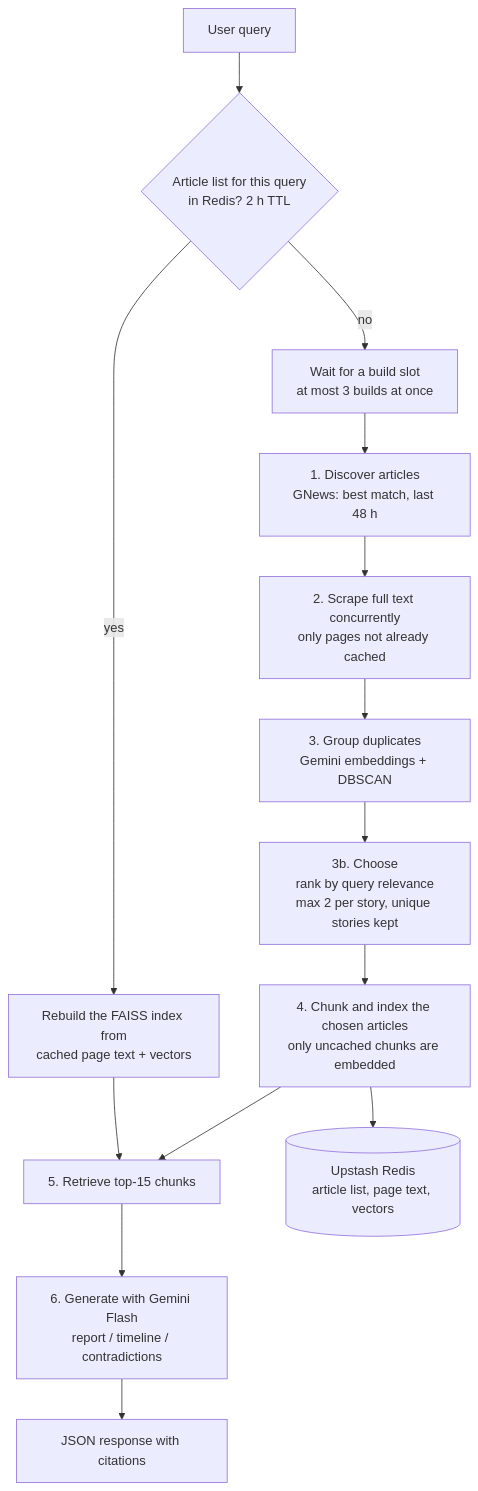
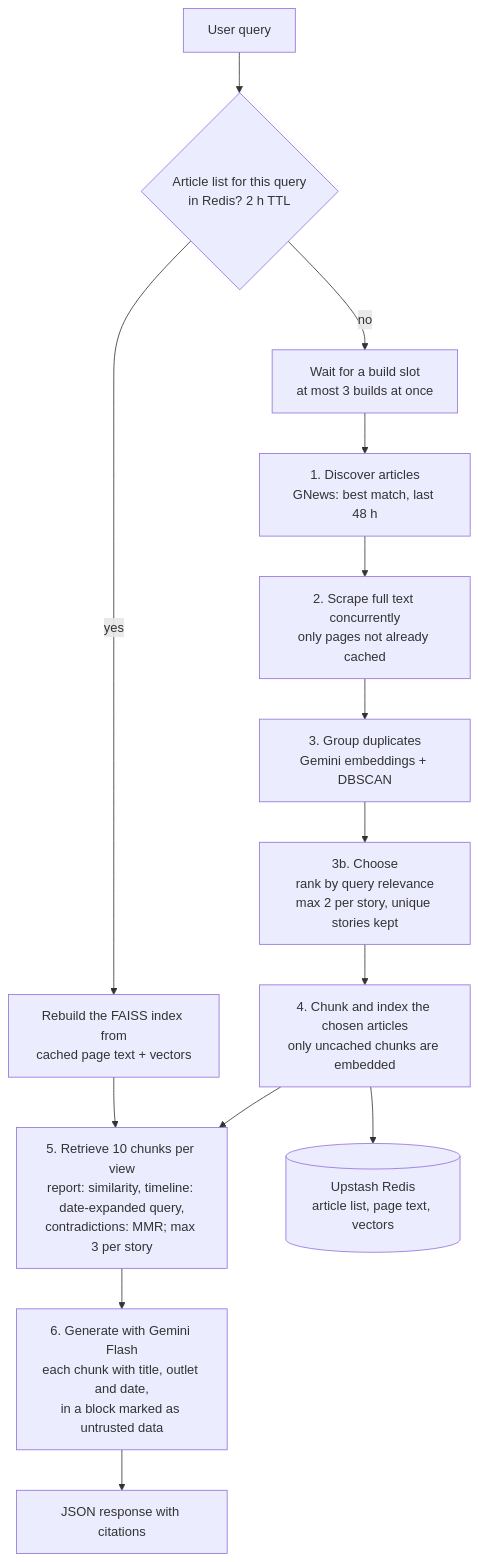
The diagram in README.md (KotraHaridutt/ai-news-intelligence), drawn with Mermaid before and after one commit. The commit also changed other lines of this file, not shown here.

Commit message:
docs(readme): per-view retrieval (similarity / date-expanded / MMR, k=10, max 3 chunks per story), [Source: title | outlet | date] headers in an untrusted <articles> block, Report / Timeline / Contradictions tabs, index size corrected to the measured 7-60 chunks, 3 design decisions, roadmap

````diff
--- a/README.md
+++ b/README.md
@@ -34,16 +36,16 @@
 ```mermaid
 flowchart TD
     A[User query] --> B{Article list for this query<br/>in Redis? 2 h TTL}
     B -- yes --> R[Rebuild the FAISS index from<br/>cached page text + vectors]
     R --> F
     B -- no --> Q[Wait for a build slot<br/>at most 3 builds at once]
     Q --> C[1. Discover articles<br/>GNews: best match, last 48 h]
     C --> D[2. Scrape full text concurrently<br/>only pages not already cached]
     D --> E[3. Group duplicates<br/>Gemini embeddings + DBSCAN]
     E --> CH[3b. Choose<br/>rank by query relevance<br/>max 2 per story, unique stories kept]
     CH --> E2[4. Chunk and index the chosen articles<br/>only uncached chunks are embedded]
     E2 --> CACHE[(Upstash Redis<br/>article list, page text, vectors)]
-    E2 --> F[5. Retrieve top-15 chunks]
-    F --> G[6. Generate with Gemini Flash<br/>report / timeline / contradictions]
+    E2 --> F[5. Retrieve 10 chunks per view<br/>report: similarity, timeline: date-expanded query,<br/>contradictions: MMR; max 3 per story]
+    F --> G[6. Generate with Gemini Flash<br/>each chunk with title, outlet and date,<br/>in a block marked as untrusted data]
     G --> H[JSON response with citations]
 ```
````
